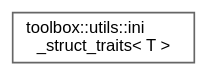
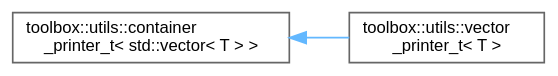
Before and after one commit to nerdneilsfield/cpp-toolbox: the diagram in inherit_graph_178.dot, drawn with Graphviz. The commit also changed 405 other files, not shown here.

```diff
--- a/inherit_graph_178.dot
+++ b/inherit_graph_178.dot
@@ -1,9 +1,11 @@
 digraph "Graphical Class Hierarchy"
 {
  // LATEX_PDF_SIZE
   bgcolor="transparent";
   edge [fontname=Helvetica,fontsize=10,labelfontname=Helvetica,labelfontsize=10];
   node [fontname=Helvetica,fontsize=10,shape=box,height=0.2,width=0.4];
   rankdir="LR";
-  Node0 [id="Node000000",label="toolbox::utils::ini\l_struct_traits\< T \>",height=0.2,width=0.4,color="grey40", fillcolor="white", style="filled",URL="$structtoolbox_1_1utils_1_1ini__struct__traits.html",tooltip=" "];
+  Node0 [id="Node000000",label="toolbox::utils::container\l_printer_t\< std::vector\< T \> \>",height=0.2,width=0.4,color="grey40", fillcolor="white", style="filled",URL="$classtoolbox_1_1utils_1_1container__printer__t.html",tooltip=" "];
+  Node0 -> Node1 [id="edge124_Node000000_Node000001",dir="back",color="steelblue1",style="solid",tooltip=" "];
+  Node1 [id="Node000001",label="toolbox::utils::vector\l_printer_t\< T \>",height=0.2,width=0.4,color="grey40", fillcolor="white", style="filled",URL="$classtoolbox_1_1utils_1_1vector__printer__t.html",tooltip="Vector 打印器/Vector printer."];
 }
```
